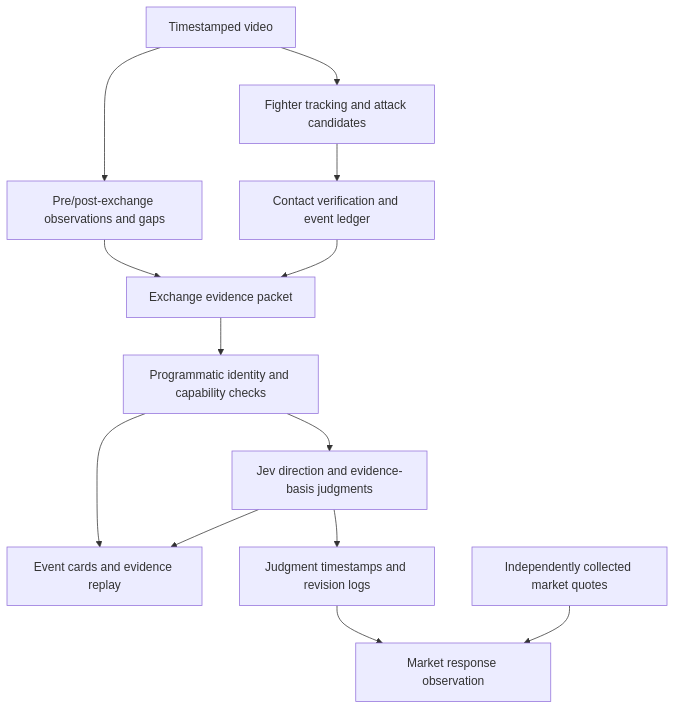
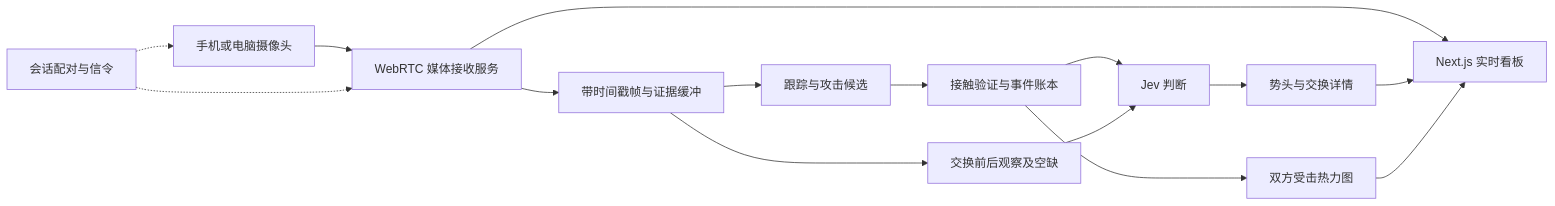
One commit to maxx1031/fightlens changed the diagram in docs/PRD.md. Above: the diagram before and after it, drawn with Mermaid. The commit also changed other lines of this file, not shown here.

Commit message:
docs: condense camera WebRTC PRD in Chinese

````diff
--- a/docs/PRD.md
+++ b/docs/PRD.md
@@ -75,15 +83,17 @@
 ```mermaid
-flowchart TD
-    V[Timestamped video] --> T[Fighter tracking and attack candidates]
-    T --> E[Contact verification and event ledger]
-    V --> O[Pre/post-exchange observations and gaps]
-    E --> C[Exchange evidence packet]
-    O --> C
-    C --> G[Programmatic identity and capability checks]
-    G --> J[Jev direction and evidence-basis judgments]
-    J --> U[Event cards and evidence replay]
-    G --> U
-    J --> L[Judgment timestamps and revision logs]
-    M[Independently collected market quotes] --> R[Market response observation]
-    L --> R
+flowchart LR
+    A[手机或电脑摄像头] --> B[WebRTC 媒体接收服务]
+    S[会话配对与信令] -.-> A
+    S -.-> B
+    B --> V[Next.js 实时看板]
+    B --> F[带时间戳帧与证据缓冲]
+    F --> T[跟踪与攻击候选]
+    T --> E[接触验证与事件账本]
+    F --> C[交换前后观察及空缺]
+    E --> J[Jev 判断]
+    C --> J
+    J --> U[势头与交换详情]
+    E --> H[双方受击热力图]
+    U --> V
+    H --> V
 ```
````
